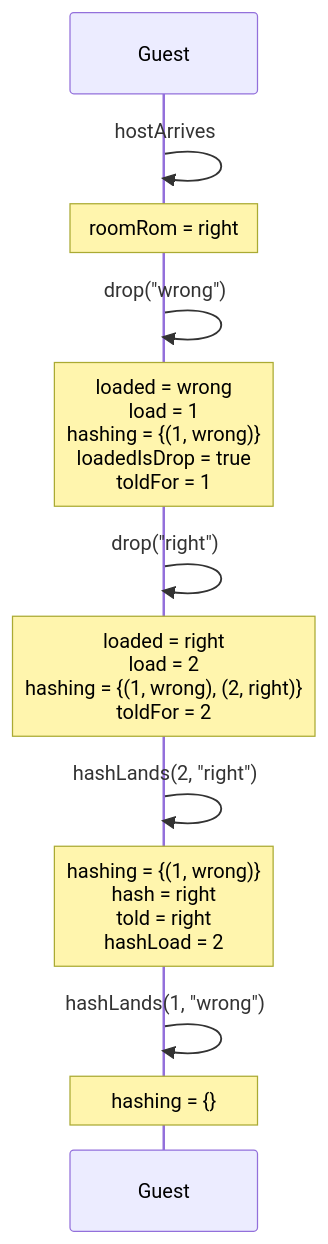
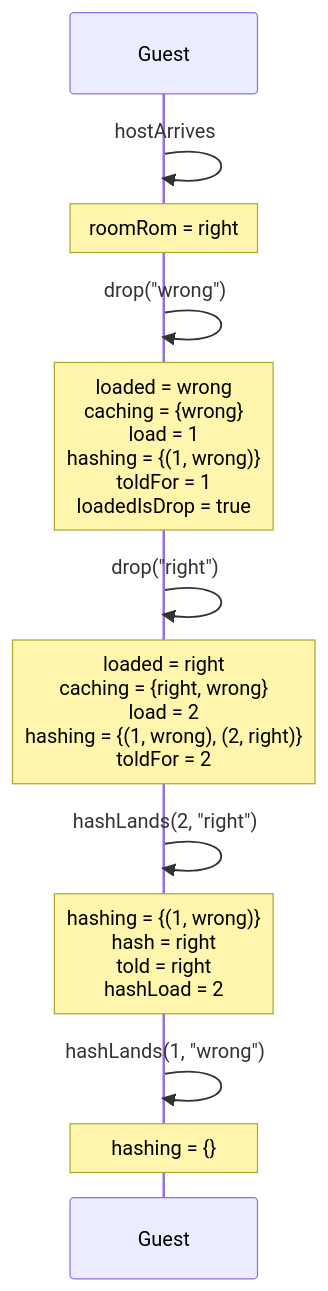
Before and after one commit to kwilson21/kaillera-next: diagram 21 of 27 in docs/spec-traces.md, drawn with Mermaid. The commit also changed other lines of this file and 11 other files, not shown here.

````diff
--- a/docs/spec-traces.md
+++ b/docs/spec-traces.md
@@ -589,14 +589,14 @@
 ```mermaid
 sequenceDiagram
   participant Guest
   Guest->>Guest: hostArrives
   Note over Guest: roomRom = right
   Guest->>Guest: drop("wrong")
-  Note over Guest: loaded = wrong<br/>load = 1<br/>hashing = {(1, wrong)}<br/>loadedIsDrop = true<br/>toldFor = 1
+  Note over Guest: loaded = wrong<br/>caching = {wrong}<br/>load = 1<br/>hashing = {(1, wrong)}<br/>toldFor = 1<br/>loadedIsDrop = true
   Guest->>Guest: drop("right")
-  Note over Guest: loaded = right<br/>load = 2<br/>hashing = {(1, wrong), (2, right)}<br/>toldFor = 2
+  Note over Guest: loaded = right<br/>caching = {right, wrong}<br/>load = 2<br/>hashing = {(1, wrong), (2, right)}<br/>toldFor = 2
   Guest->>Guest: hashLands(2, "right")
   Note over Guest: hashing = {(1, wrong)}<br/>hash = right<br/>told = right<br/>hashLoad = 2
   Guest->>Guest: hashLands(1, "wrong")
   Note over Guest: hashing = {}
 ```
````
